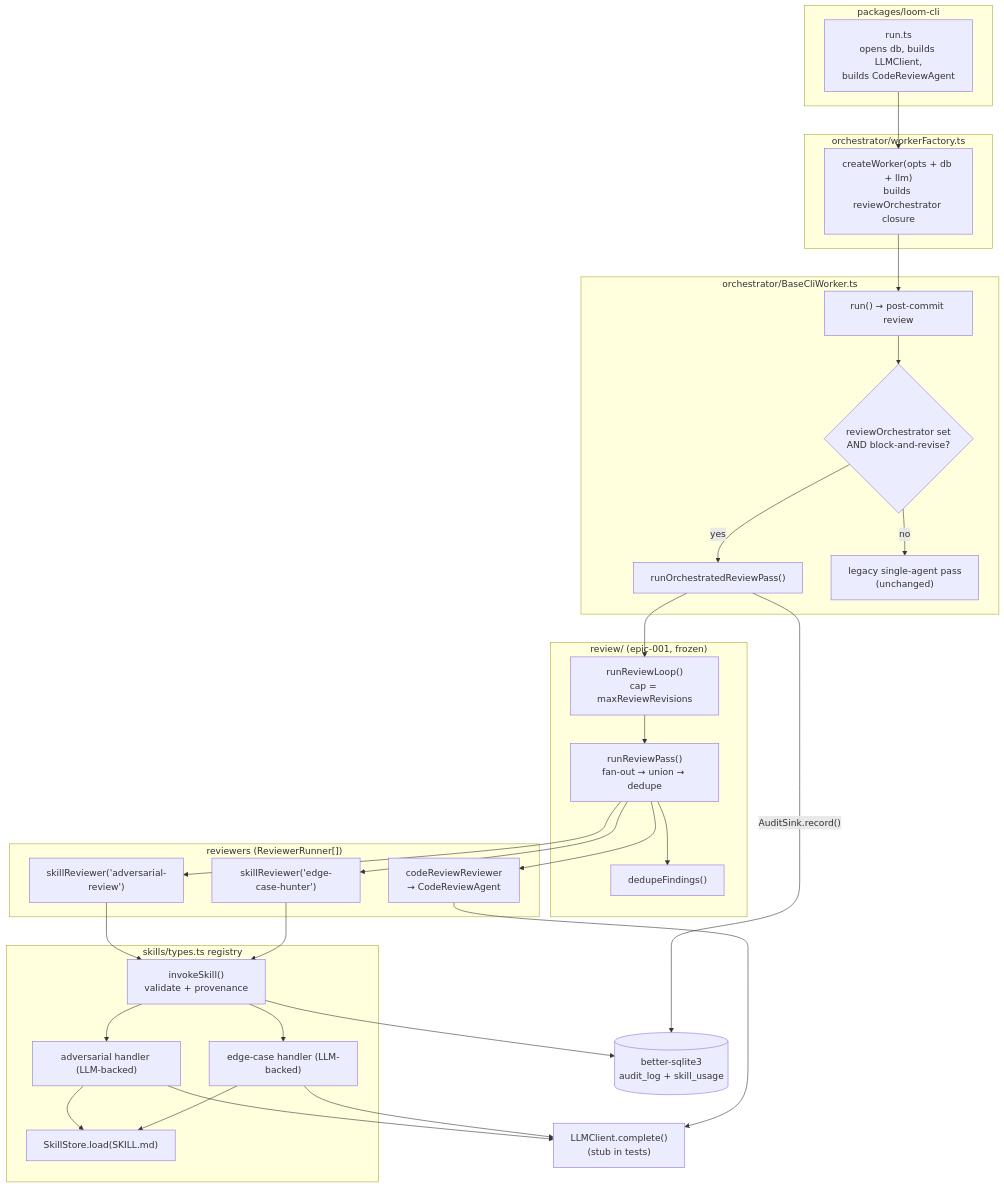
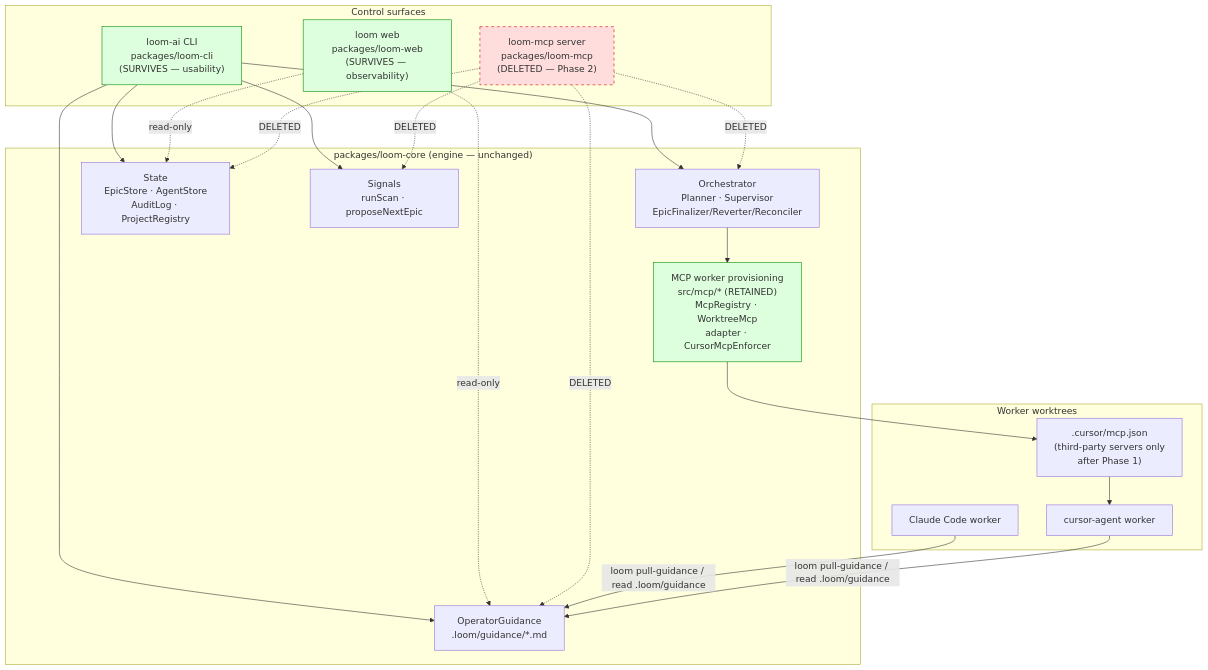
The diagram in .loom_outputs/epic-002/architecture.md (jeromeportega/loom), drawn with Mermaid before and after one commit. The commit also changed other lines of this file and 3 other files, not shown here.

Commit message:
loom: planning artifacts for epic-002

````diff
--- a/.loom_outputs/epic-002/architecture.md
+++ b/.loom_outputs/epic-002/architecture.md
@@ -17,51 +19,36 @@
 ```mermaid
-flowchart TD
-  subgraph cli["packages/loom-cli"]
-    RUN["run.ts<br/>opens db, builds LLMClient,<br/>builds CodeReviewAgent"]
-  end
+flowchart TB
+    subgraph clients["Control surfaces"]
+        CLI["loom-ai CLI<br/>packages/loom-cli<br/>(SURVIVES — usability)"]
+        WEB["loom web<br/>packages/loom-web<br/>(SURVIVES — observability)"]
+        MCP["loom-mcp server<br/>packages/loom-mcp<br/>(DELETED — Phase 2)"]
+    end
 
-  subgraph factory["orchestrator/workerFactory.ts"]
-    CW["createWorker(opts + db + llm)<br/>builds reviewOrchestrator closure"]
-  end
+    subgraph core["packages/loom-core (engine — unchanged)"]
+        ORCH["Orchestrator<br/>Planner · Supervisor<br/>EpicFinalizer/Reverter/Reconciler"]
+        STATE["State<br/>EpicStore · AgentStore<br/>AuditLog · ProjectRegistry"]
+        GUID["OperatorGuidance<br/>.loom/guidance/*.md"]
+        SIG["Signals<br/>runScan · proposeNextEpic"]
+        PROV["MCP worker provisioning<br/>src/mcp/* (RETAINED)<br/>McpRegistry · WorktreeMcp<br/>adapter · CursorMcpEnforcer"]
+    end
 
-  subgraph worker["orchestrator/BaseCliWorker.ts"]
-    RUNST["run() → post-commit review"]
-    GATE{"reviewOrchestrator set<br/>AND block-and-revise?"}
-    ORCH["runOrchestratedReviewPass()"]
-    LEGACY["legacy single-agent pass<br/>(unchanged)"]
-  end
+    subgraph workers["Worker worktrees"]
+        CC["Claude Code worker"]
+        CUR["cursor-agent worker"]
+        MJSON[".cursor/mcp.json<br/>(third-party servers only<br/>after Phase 1)"]
+    end
 
-  subgraph rf["review/ (epic-001, frozen)"]
-    LOOP["runReviewLoop()<br/>cap = maxReviewRevisions"]
-    PASS["runReviewPass()<br/>fan-out → union → dedupe"]
-    DEDUPE["dedupeFindings()"]
-  end
+    CLI --> ORCH & STATE & GUID & SIG
+    WEB -. read-only .-> STATE & GUID
+    MCP -. DELETED .-> ORCH & STATE & GUID & SIG
 
-  subgraph reviewers["reviewers (ReviewerRunner[])"]
-    CRR["codeReviewReviewer<br/>→ CodeReviewAgent"]
-    SR1["skillReviewer('adversarial-review')"]
-    SR2["skillReviewer('edge-case-hunter')"]
-  end
+    ORCH --> PROV
+    PROV --> MJSON
+    MJSON --> CUR
+    CC & CUR -->|"loom pull-guidance / read .loom/guidance"| GUID
 
-  subgraph skills["skills/types.ts registry"]
-    INV["invokeSkill()<br/>validate + provenance"]
-    H1["adversarial handler (LLM-backed)"]
-    H2["edge-case handler (LLM-backed)"]
-    SS["SkillStore.load(SKILL.md)"]
-  end
-
-  LLM["LLMClient.complete()<br/>(stub in tests)"]
-  DB[("better-sqlite3<br/>audit_log + skill_usage")]
-
-  RUN --> CW --> RUNST --> GATE
-  GATE -- yes --> ORCH --> LOOP --> PASS --> DEDUPE
-  GATE -- no --> LEGACY
-  PASS --> CRR & SR1 & SR2
-  CRR --> LLM
-  SR1 & SR2 --> INV
-  INV --> H1 & H2
-  H1 & H2 --> SS
-  H1 & H2 --> LLM
-  INV --> DB
-  ORCH -- "AuditSink.record()" --> DB
+    classDef dead fill:#fdd,stroke:#c00,stroke-dasharray:5 5
+    classDef keep fill:#dfd,stroke:#080
+    class MCP dead
+    class PROV,CLI,WEB keep
 ```
````
